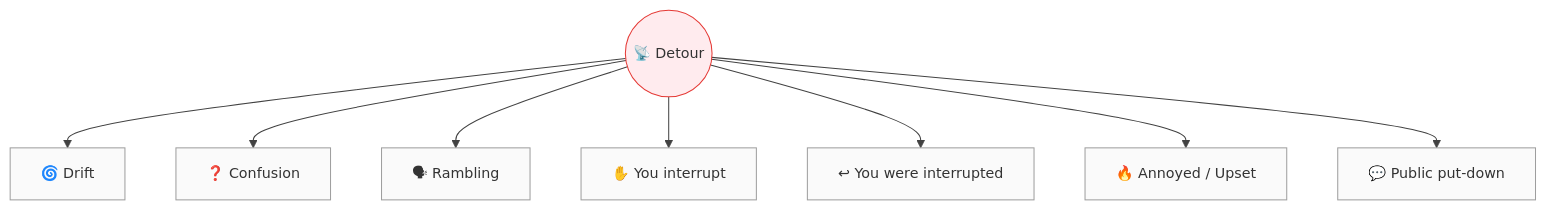
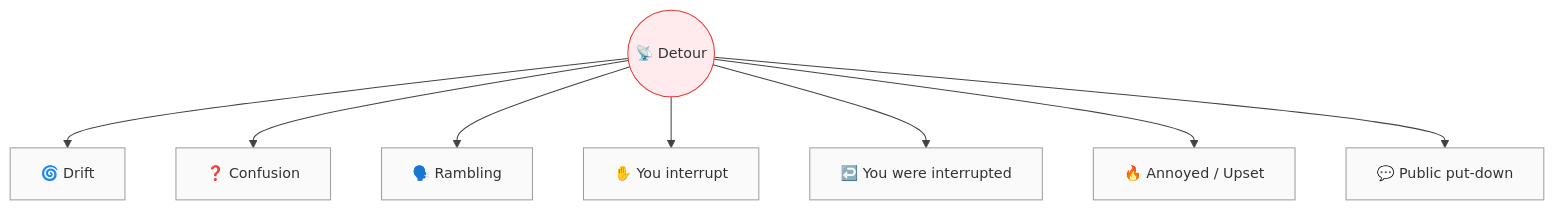
One commit to senthilkumarm1901/learn_by_blogging changed diagram 14 of 21 in posts/formal_communication/meeting-fluency-playbook.qmd. Above: the diagram before and after it, drawn with Mermaid. The commit also changed other lines of this file and 1 other file, not shown here.

````diff
--- a/posts/formal_communication/meeting-fluency-playbook.qmd
+++ b/posts/formal_communication/meeting-fluency-playbook.qmd
@@ -455,14 +526,14 @@
 ```{mermaid}
 %%{init: {'theme': 'base', 'themeVariables': {'primaryColor': '#E3F2FD', 'primaryBorderColor': '#1E88E5', 'lineColor': '#424242', 'fontSize': '14px'}}}%%
 flowchart TD
     R(("📡 Detour")):::risk --> A["🌀 Drift"]:::neutral
     R --> B["❓ Confusion"]:::neutral
-    R --> C["🗣 Rambling"]:::neutral
+    R --> C["🗣️ Rambling"]:::neutral
     R --> D["✋ You interrupt"]:::neutral
-    R --> E["↩ You were interrupted"]:::neutral
+    R --> E["↩️ You were interrupted"]:::neutral
     R --> F["🔥 Annoyed / Upset"]:::neutral
     R --> G["💬 Public put-down"]:::neutral
 
     classDef risk fill:#FFEBEE,stroke:#E53935,stroke-width:1px;
     classDef neutral fill:#FAFAFA,stroke:#9E9E9E,stroke-width:1px;
 ```
````
